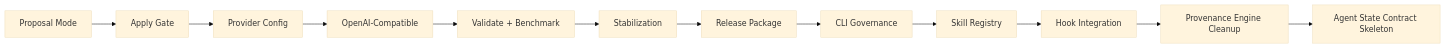
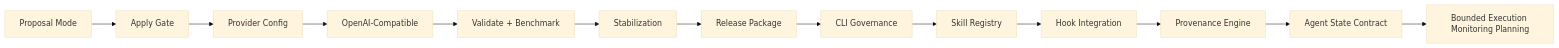
Before and after one commit to ProfRandom92/comptext-cli: the second of 2 diagrams in README.md, drawn with Mermaid (base theme). The commit also changed other lines of this file, not shown here.

````diff
--- a/README.md
+++ b/README.md
@@ -154,14 +156,15 @@
 ```mermaid
 flowchart LR
     P5[Proposal Mode] --> P6[Apply Gate]
     P6 --> P7[Provider Config]
     P7 --> P8[OpenAI-Compatible]
     P8 --> P9[Validate + Benchmark]
     P9 --> P10[Stabilization]
     P10 --> P11[Release Package]
     P11 --> P12[CLI Governance]
     P12 --> P13[Skill Registry]
     P13 --> P14[Hook Integration]
-    P14 --> P15[Provenance Engine Cleanup]
-    P15 --> P16[Agent State Contract Skeleton]
+    P14 --> P15[Provenance Engine]
+    P15 --> P16[Agent State Contract]
+    P16 --> P17[Bounded Execution Monitoring Planning]
 ```
````
